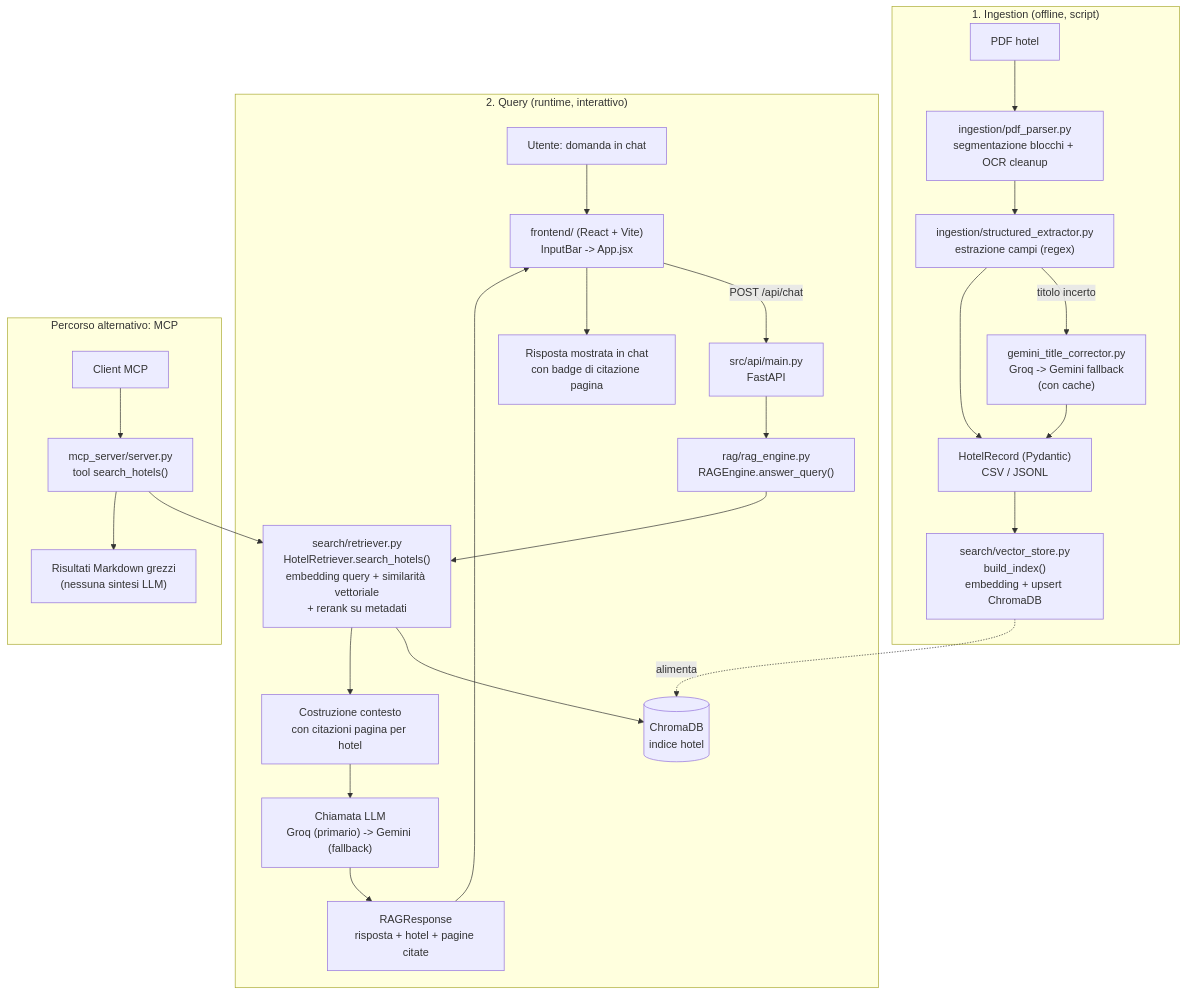
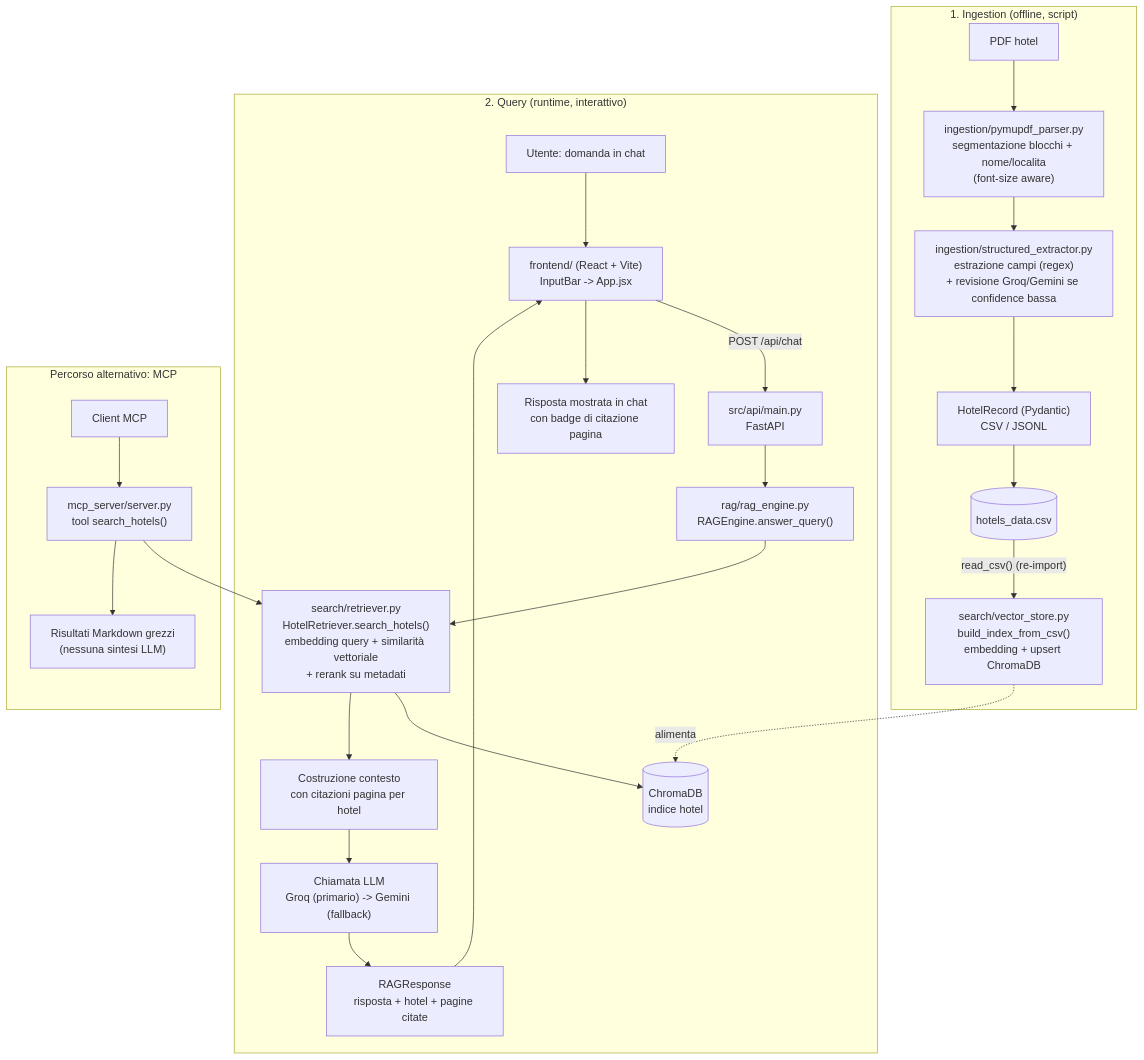
Before and after one commit to workfromrome/HotelAI: the diagram in user-doc/architecture-flow.md, drawn with Mermaid. The commit also changed other lines of this file and 47 other files, not shown here.

````diff
--- a/user-doc/architecture-flow.md
+++ b/user-doc/architecture-flow.md
@@ -19,32 +19,31 @@
 ```mermaid
 flowchart TD
     subgraph ING["1. Ingestion (offline, script)"]
-        PDF["PDF hotel"] --> PARSE["ingestion/pdf_parser.py\nsegmentazione blocchi + OCR cleanup"]
-        PARSE --> EXTRACT["ingestion/structured_extractor.py\nestrazione campi (regex)"]
-        EXTRACT -->|titolo incerto| TITLE["gemini_title_corrector.py\nGroq -> Gemini fallback\n(con cache)"]
-        TITLE --> RECORD
+        PDF["PDF hotel"] --> PARSE["ingestion/pymupdf_parser.py\nsegmentazione blocchi + nome/localita\n(font-size aware)"]
+        PARSE --> EXTRACT["ingestion/structured_extractor.py\nestrazione campi (regex)\n+ revisione Groq/Gemini se confidence bassa"]
         EXTRACT --> RECORD["HotelRecord (Pydantic)\nCSV / JSONL"]
-        RECORD --> INDEX["search/vector_store.py\nbuild_index()\nembedding + upsert ChromaDB"]
+        RECORD --> CSVFILE[("hotels_data.csv")]
+        CSVFILE -->|"read_csv() (re-import)"| INDEX["search/vector_store.py\nbuild_index_from_csv()\nembedding + upsert ChromaDB"]
     end
 
     subgraph QUERY["2. Query (runtime, interattivo)"]
         USER["Utente: domanda in chat"] --> UI["frontend/ (React + Vite)\nInputBar -> App.jsx"]
         UI -->|POST /api/chat| API["src/api/main.py\nFastAPI"]
         API --> ENGINE["rag/rag_engine.py\nRAGEngine.answer_query()"]
         ENGINE --> RETRIEVE["search/retriever.py\nHotelRetriever.search_hotels()\nembedding query + similarità vettoriale\n+ rerank su metadati"]
         RETRIEVE --> CHROMA[(ChromaDB\nindice hotel)]
         RETRIEVE --> CONTEXT["Costruzione contesto\ncon citazioni pagina per hotel"]
         CONTEXT --> LLM["Chiamata LLM\nGroq (primario) -> Gemini (fallback)"]
         LLM --> RESP["RAGResponse\nrisposta + hotel + pagine citate"]
         RESP --> UI
         UI --> ANSWER["Risposta mostrata in chat\ncon badge di citazione pagina"]
     end
 
     subgraph MCP["Percorso alternativo: MCP"]
         MCPCLIENT["Client MCP"] --> MCPSERVER["mcp_server/server.py\ntool search_hotels()"]
         MCPSERVER --> RETRIEVE
         MCPSERVER --> MCPOUT["Risultati Markdown grezzi\n(nessuna sintesi LLM)"]
     end
 
     INDEX -.alimenta.-> CHROMA
 ```
````
